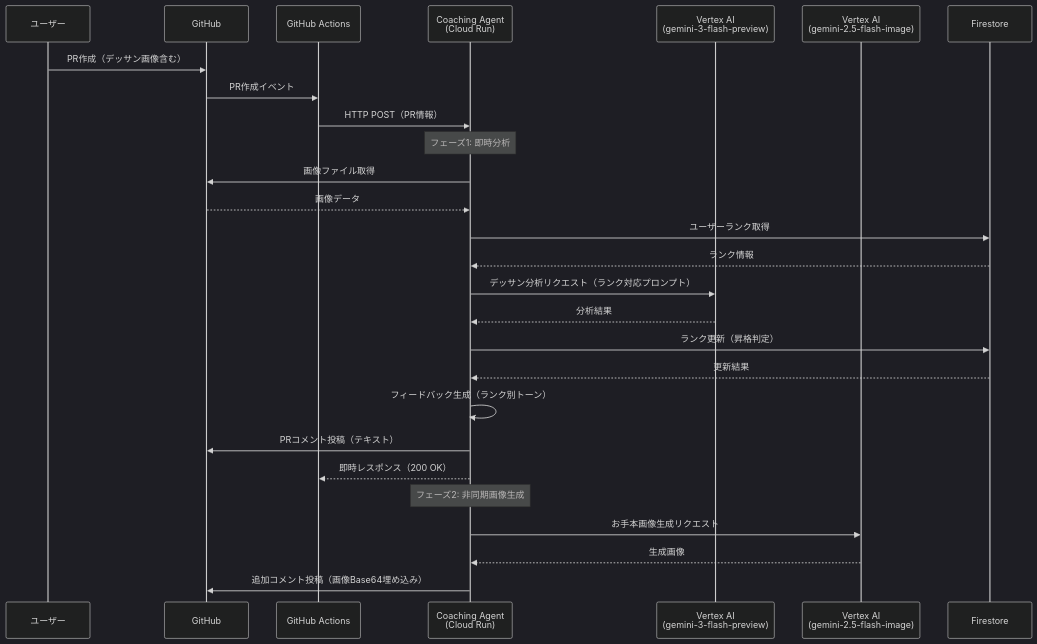
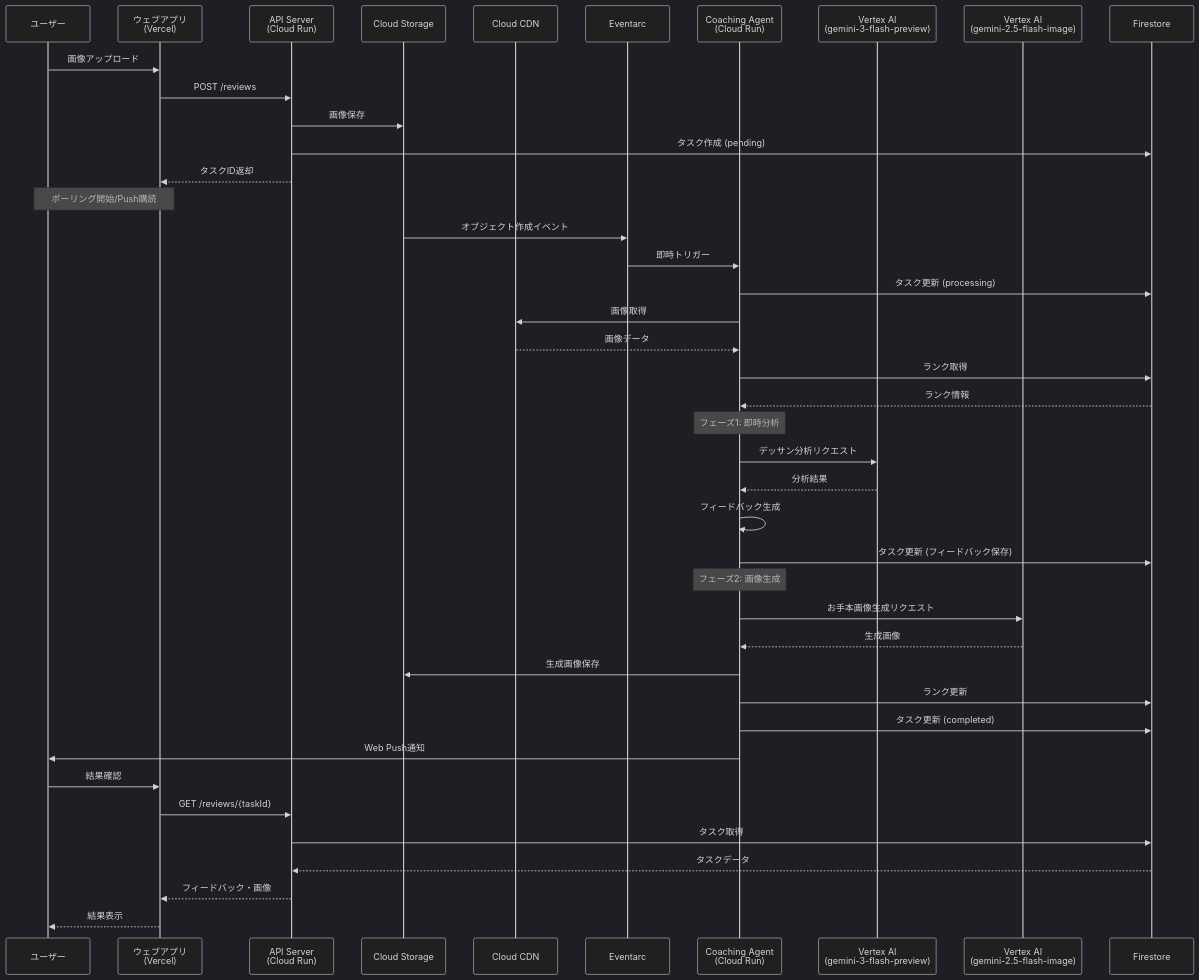
Before and after one commit to nuance-sudo/drawing-practice-agent-gch4: the second of 6 diagrams in docs/functional-design.md, drawn with Mermaid (dark theme). The commit also changed other lines of this file and 13 other files, not shown here.

````diff
--- a/docs/functional-design.md
+++ b/docs/functional-design.md
@@ -65,31 +79,50 @@
 ```mermaid
 sequenceDiagram
     participant User as ユーザー
-    participant GH as GitHub
-    participant GA as GitHub Actions
+    participant Web as ウェブアプリ<br/>(Vercel)
+    participant API as API Server<br/>(Cloud Run)
+    participant GCS as Cloud Storage
+    participant CDN as Cloud CDN
+    participant Eventarc as Eventarc
     participant Agent as Coaching Agent<br/>(Cloud Run)
     participant Gemini as Vertex AI<br/>(gemini-3-flash-preview)
     participant ImageGen as Vertex AI<br/>(gemini-2.5-flash-image)
+    participant DB as Firestore
 
-    User->>GH: PR作成（デッサン画像含む）
-    GH->>GA: PR作成イベント
-    GA->>Agent: HTTP POST（PR情報）
+    User->>Web: 画像アップロード
+    Web->>API: POST /reviews
+    API->>GCS: 画像保存
+    API->>DB: タスク作成 (pending)
+    API-->>Web: タスクID返却
+    
+    Note over User,Web: ポーリング開始/Push購読
+    
+    GCS->>Eventarc: オブジェクト作成イベント
+    Eventarc->>Agent: 即時トリガー
+    Agent->>DB: タスク更新 (processing)
+    Agent->>CDN: 画像取得
+    CDN-->>Agent: 画像データ
+    Agent->>DB: ランク取得
+    DB-->>Agent: ランク情報
     
     Note over Agent: フェーズ1: 即時分析
-    Agent->>GH: 画像ファイル取得
-    GH-->>Agent: 画像データ
-    Agent->>Firestore: ユーザーランク取得
-    Firestore-->>Agent: ランク情報
-    Agent->>Gemini: デッサン分析リクエスト（ランク対応プロンプト）
+    Agent->>Gemini: デッサン分析リクエスト
     Gemini-->>Agent: 分析結果
-    Agent->>Firestore: ランク更新（昇格判定）
-    Firestore-->>Agent: 更新結果
-    Agent->>Agent: フィードバック生成（ランク別トーン）
-    Agent->>GH: PRコメント投稿（テキスト）
-    Agent-->>GA: 即時レスポンス（200 OK）
+    Agent->>Agent: フィードバック生成
+    Agent->>DB: タスク更新 (フィードバック保存)
     
-    Note over Agent: フェーズ2: 非同期画像生成
+    Note over Agent: フェーズ2: 画像生成
     Agent->>ImageGen: お手本画像生成リクエスト
     ImageGen-->>Agent: 生成画像
-    Agent->>GH: 追加コメント投稿（画像Base64埋め込み）
+    Agent->>GCS: 生成画像保存
+    Agent->>DB: ランク更新
+    Agent->>DB: タスク更新 (completed)
+    Agent->>User: Web Push通知
+
+    User->>Web: 結果確認
+    Web->>API: GET /reviews/{taskId}
+    API->>DB: タスク取得
+    DB-->>API: タスクデータ
+    API-->>Web: フィードバック・画像
+    Web-->>User: 結果表示
 ```
````
